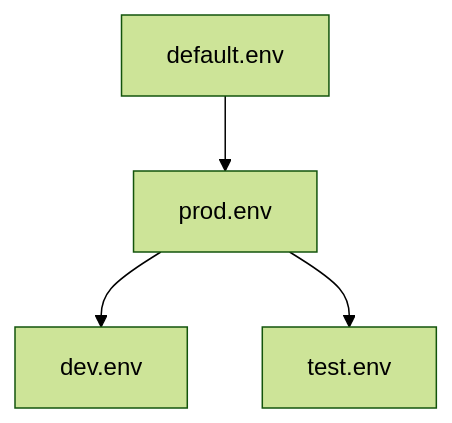
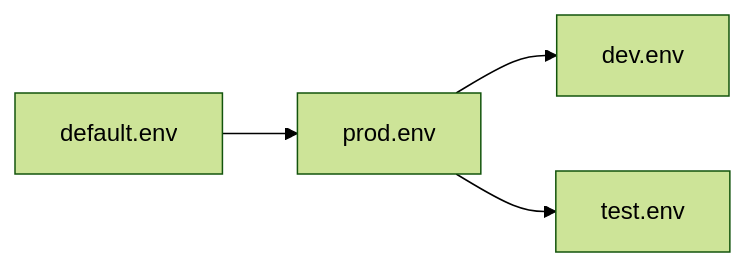
The diagram in README.md (rsgalloway/envstack), drawn with Mermaid (forest theme) before and after one commit. The commit also changed other lines of this file and 1 other file, not shown here.

Commit message:
mermaid chart tweaks

````diff
--- a/README.md
+++ b/README.md
@@ -18,6 +19,6 @@
 ```mermaid
-flowchart TD
+flowchart LR
   default[default.env] --> prod[prod.env]
   prod --> dev[dev.env]
   prod --> test[test.env]
 ```
````
